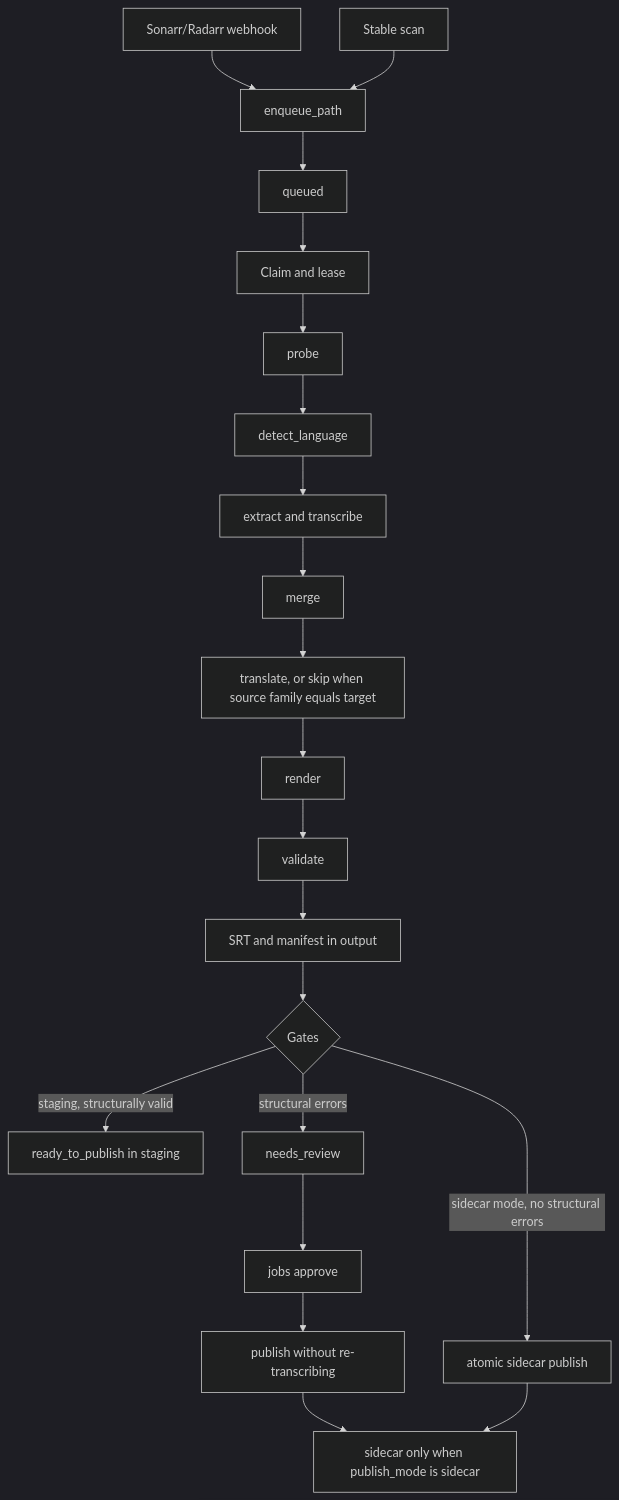
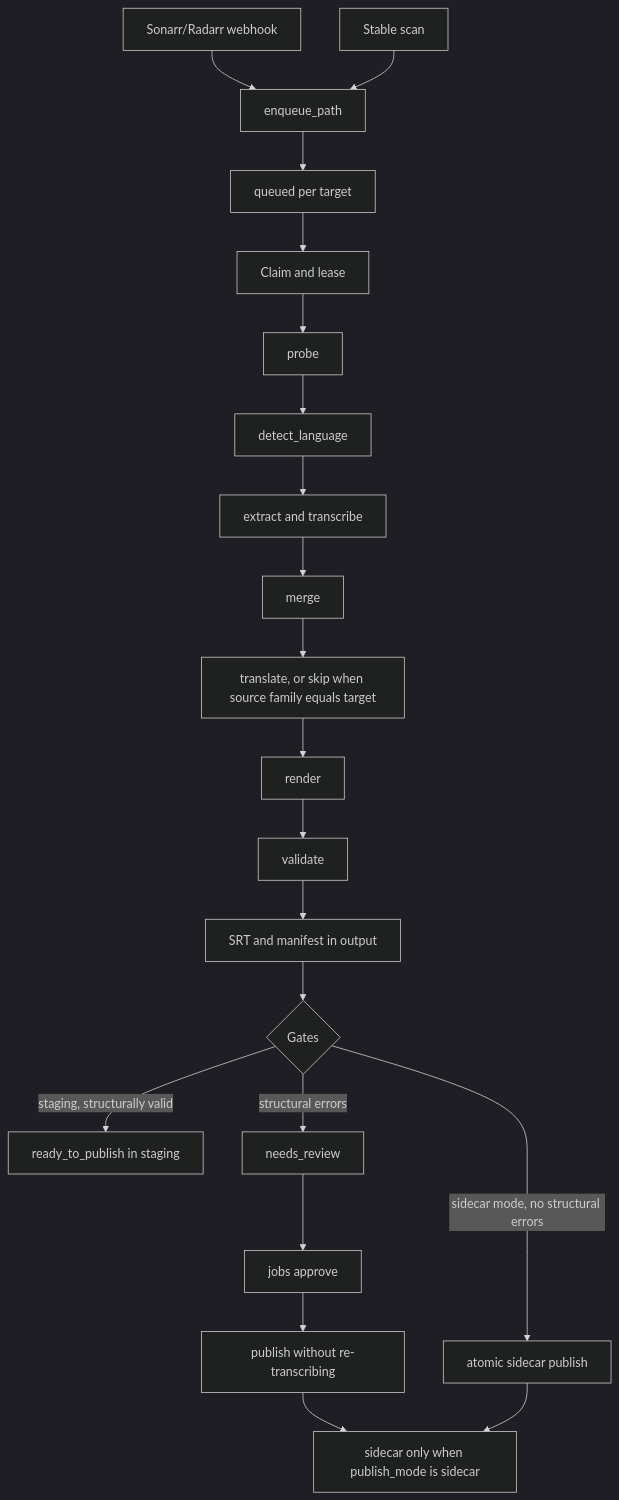
One commit to M-Guimaraes/subtitles changed the diagram in docs/architecture.md. Above: the diagram before and after it, drawn with Mermaid (dark theme). The commit also changed other lines of this file and 20 other files, not shown here.

First line of the commit message:
Add multiple target languages (roadmap 005) (#4)

````diff
--- a/docs/architecture.md
+++ b/docs/architecture.md
@@ -18,23 +20,23 @@
 ```mermaid
 flowchart TD
   webhook[Sonarr/Radarr webhook] --> enqueue[enqueue_path]
   scan[Stable scan] --> enqueue
-  enqueue --> queued[queued]
+  enqueue --> queued[queued per target]
   queued --> claim[Claim and lease]
   claim --> probe[probe]
   probe --> detect[detect_language]
   detect --> chunks[extract and transcribe]
   chunks --> merge[merge]
   merge --> translate[translate, or skip when source family equals target]
   translate --> render[render]
   render --> validate[validate]
   validate --> staging[SRT and manifest in output]
   staging --> review{Gates}
   review -->|staging, structurally valid| ready[ready_to_publish in staging]
   review -->|structural errors| needs[needs_review]
   review -->|sidecar mode, no structural errors| autosidecar[atomic sidecar publish]
   needs --> approve[jobs approve]
   approve --> publish[publish without re-transcribing]
   publish --> sidecar[sidecar only when publish_mode is sidecar]
   autosidecar --> sidecar
 ```
````
